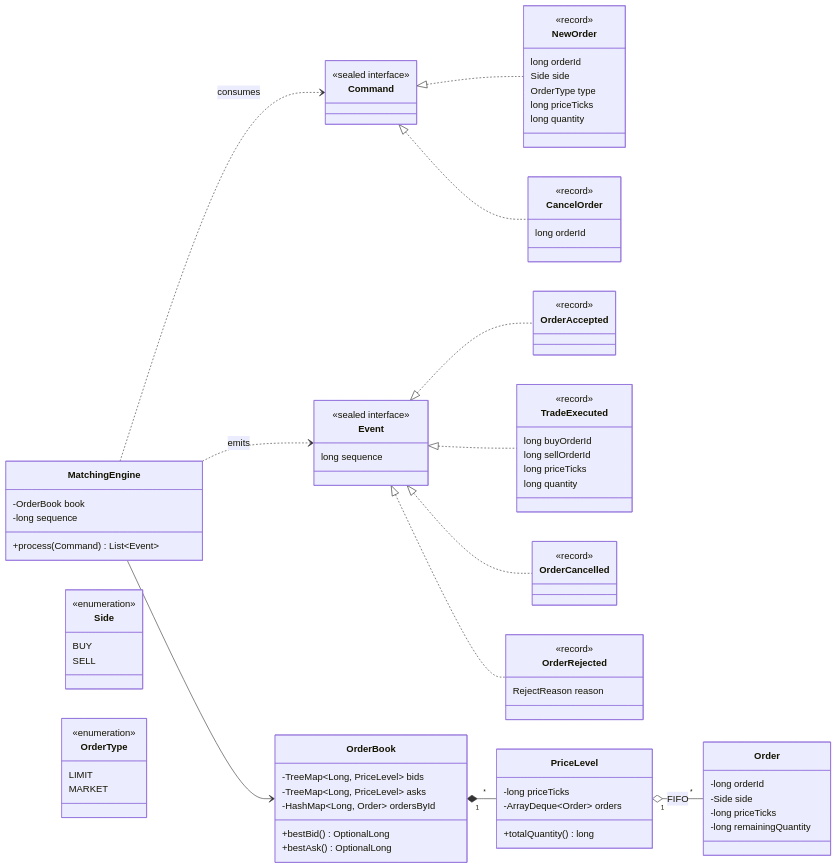
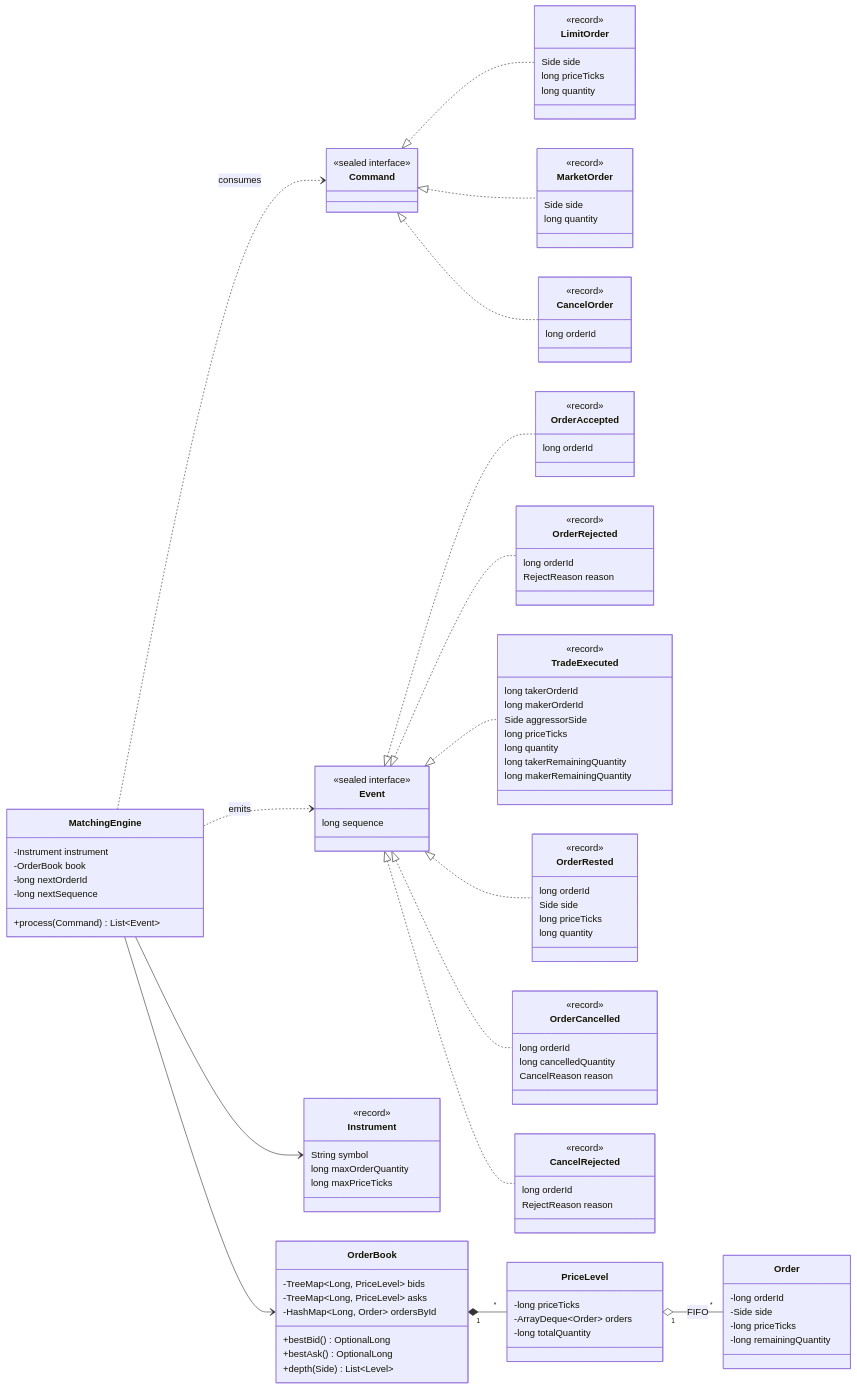
One commit to Ahmed-Berrada/Order_Book changed the second of 4 diagrams in README.md. Above: the diagram before and after it, drawn with Mermaid. The commit also changed other lines of this file and 1 other file, not shown here.

First line of the commit message:
docs: phased roadmap and README for phase 1

```diff
--- a/README.md
+++ b/README.md
@@ -108,19 +110,23 @@
     class Command {
         <<sealed interface>>
     }
-    class NewOrder {
+    class LimitOrder {
         <<record>>
-        long orderId
         Side side
-        OrderType type
         long priceTicks
+        long quantity
+    }
+    class MarketOrder {
+        <<record>>
+        Side side
         long quantity
     }
     class CancelOrder {
         <<record>>
         long orderId
     }
-    Command <|.. NewOrder
+    Command <|.. LimitOrder
+    Command <|.. MarketOrder
     Command <|.. CancelOrder
 
     class Event {
@@ -129,30 +135,60 @@
     }
     class OrderAccepted {
         <<record>>
+        long orderId
+    }
+    class OrderRejected {
+        <<record>>
+        long orderId
+        RejectReason reason
     }
     class TradeExecuted {
         <<record>>
-        long buyOrderId
-        long sellOrderId
+        long takerOrderId
+        long makerOrderId
+        Side aggressorSide
+        long priceTicks
+        long quantity
+        long takerRemainingQuantity
+        long makerRemainingQuantity
+    }
+    class OrderRested {
+        <<record>>
+        long orderId
+        Side side
         long priceTicks
         long quantity
     }
     class OrderCancelled {
         <<record>>
+        long orderId
+        long cancelledQuantity
+        CancelReason reason
     }
-    class OrderRejected {
+    class CancelRejected {
         <<record>>
+        long orderId
         RejectReason reason
     }
     Event <|.. OrderAccepted
+    Event <|.. OrderRejected
     Event <|.. TradeExecuted
+    Event <|.. OrderRested
     Event <|.. OrderCancelled
-    Event <|.. OrderRejected
+    Event <|.. CancelRejected
 
     class MatchingEngine {
+        -Instrument instrument
         -OrderBook book
-        -long sequence
+        -long nextOrderId
+        -long nextSequence
         +process(Command) List~Event~
+    }
+    class Instrument {
+        <<record>>
+        String symbol
+        long maxOrderQuantity
+        long maxPriceTicks
     }
     class OrderBook {
         -TreeMap~Long, PriceLevel~ bids
@@ -160,11 +196,12 @@
         -HashMap~Long, Order~ ordersById
         +bestBid() OptionalLong
         +bestAsk() OptionalLong
+        +depth(Side) List~Level~
     }
     class PriceLevel {
         -long priceTicks
         -ArrayDeque~Order~ orders
-        +totalQuantity() long
+        -long totalQuantity
     }
     class Order {
         -long orderId
@@ -172,17 +209,8 @@
         -long priceTicks
         -long remainingQuantity
     }
-    class Side {
-        <<enumeration>>
-        BUY
-        SELL
-    }
-    class OrderType {
-        <<enumeration>>
-        LIMIT
-        MARKET
-    }
 
+    MatchingEngine --> Instrument
     MatchingEngine --> OrderBook
     MatchingEngine ..> Command : consumes
     MatchingEngine ..> Event : emits
```
